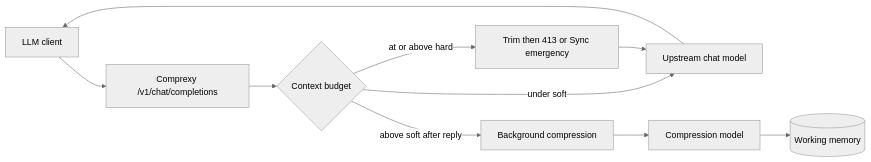
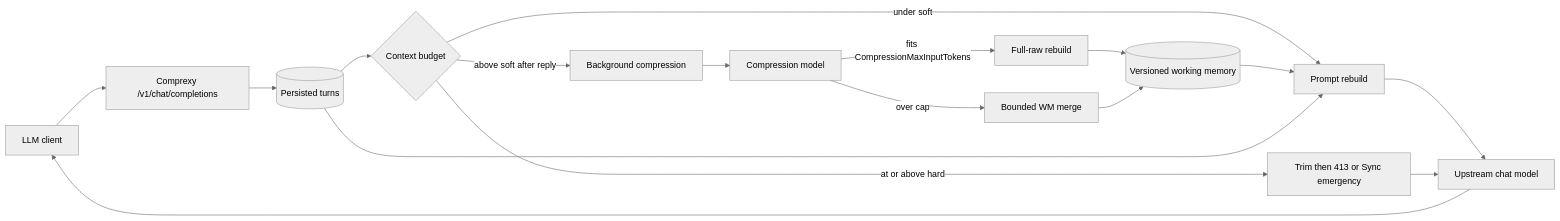
The diagram in README.md (norielmallari/comprexy), drawn with Mermaid (neutral theme) before and after one commit. The commit also changed other lines of this file and 68 other files, not shown here.

````diff
--- a/README.md
+++ b/README.md
@@ -114,12 +168,19 @@
 ```mermaid
 flowchart LR
   Client[LLM client] --> Proxy["Comprexy /v1/chat/completions"]
-  Proxy --> Budget{Context budget}
-  Budget -->|under soft| Upstream[Upstream chat model]
+  Proxy --> Store[(Persisted turns)]
+  Store --> Budget{Context budget}
+  Budget -->|under soft| Rebuild[Prompt rebuild]
+  Budget -->|above soft after reply| Queue[Background compression]
   Budget -->|at or above hard| HardPath[Trim then 413 or Sync emergency]
+  Queue --> Compress[Compression model]
+  Compress -->|fits CompressionMaxInputTokens| FullRaw[Full-raw rebuild]
+  Compress -->|over cap| Merge[Bounded WM merge]
+  FullRaw --> WM[(Versioned working memory)]
+  Merge --> WM
+  WM --> Rebuild
+  Store --> Rebuild
+  Rebuild --> Upstream[Upstream chat model]
   HardPath --> Upstream
   Upstream --> Client
-  Budget -->|above soft after reply| Queue[Background compression]
-  Queue --> Compress[Compression model]
-  Compress --> WM[(Working memory)]
 ```
````
